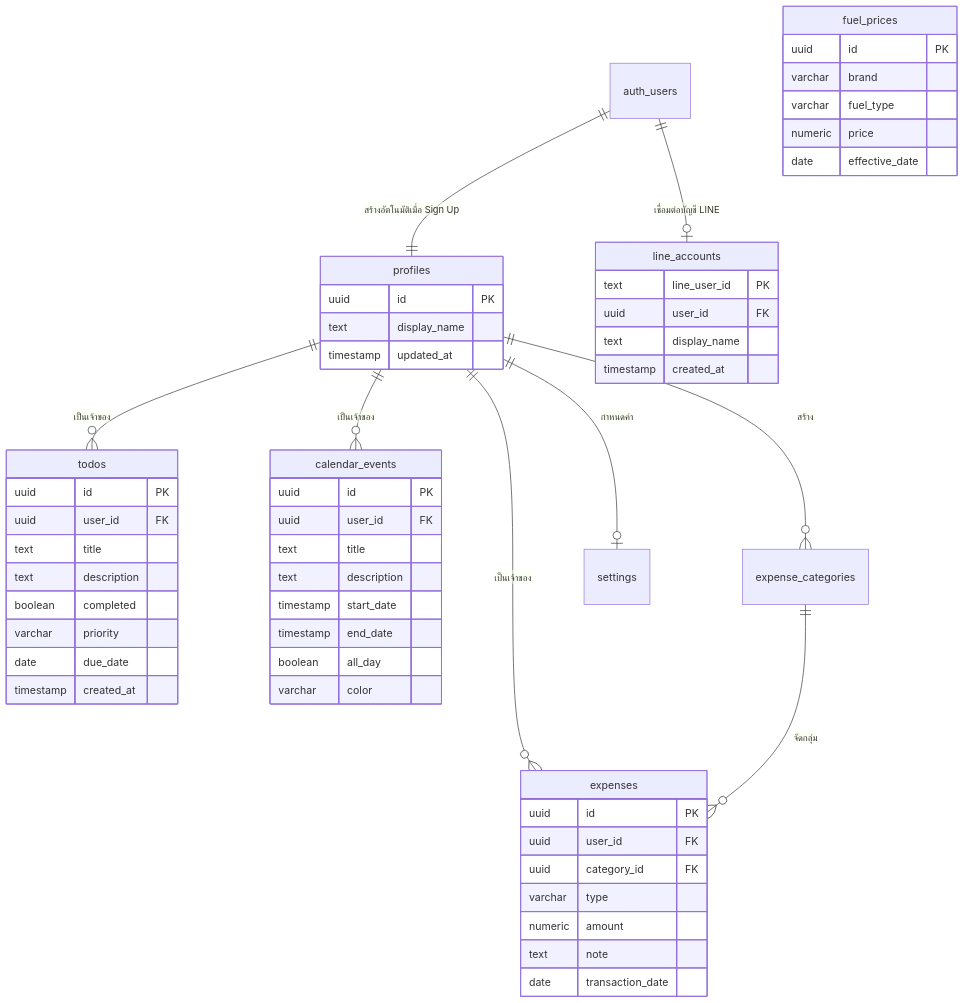
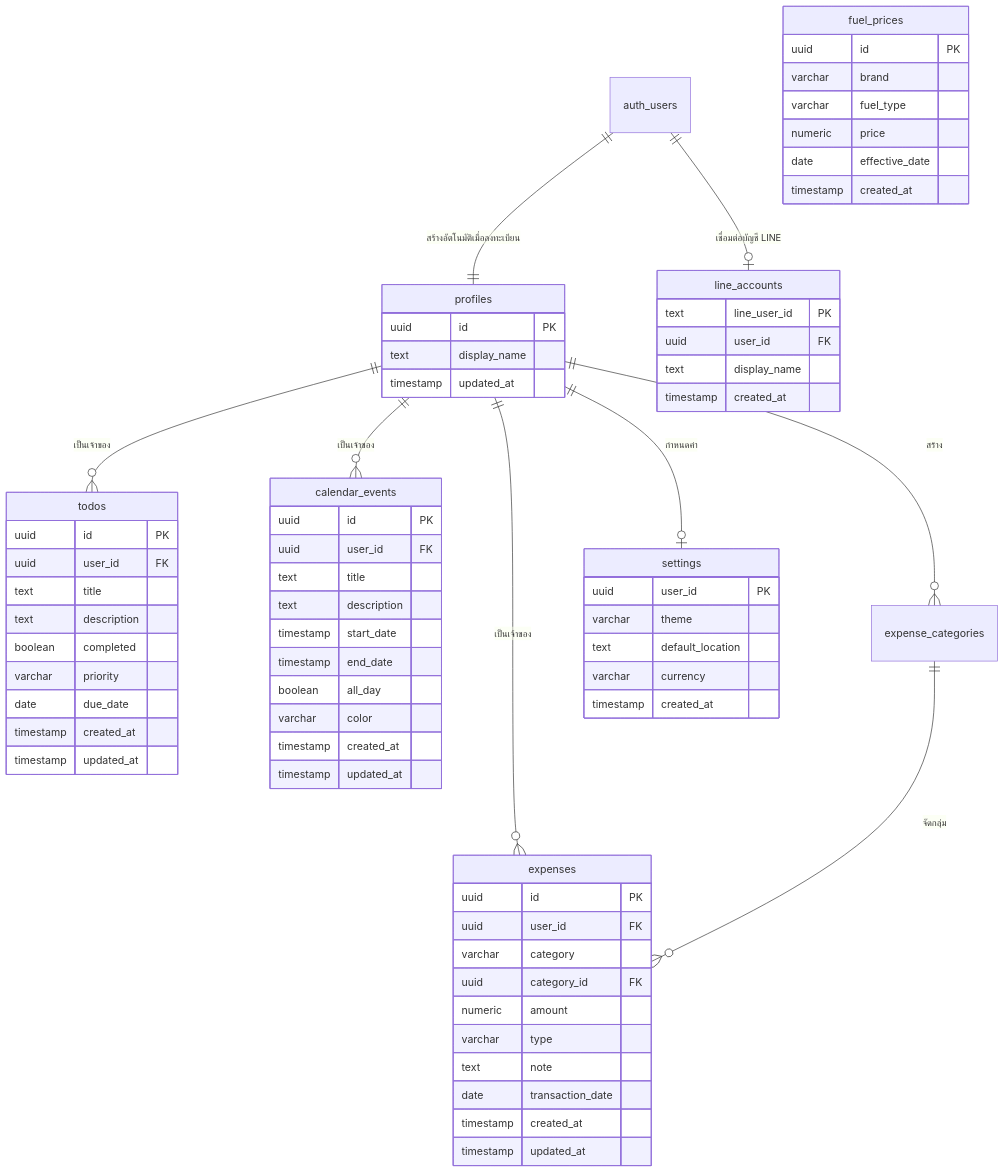
One commit to Nack233/WeatherTodo changed the second of 2 diagrams in README.md. Above: the diagram before and after it, drawn with Mermaid. The commit also changed other lines of this file, not shown here.

````diff
--- a/README.md
+++ b/README.md
@@ -185,64 +249,79 @@
 ```mermaid
 erDiagram
-    auth_users ||--|| profiles : "สร้างอัตโนมัติเมื่อ Sign Up"
+    auth_users ||--|| profiles : "สร้างอัตโนมัติเมื่อลงทะเบียน"
     profiles ||--o{ todos : "เป็นเจ้าของ"
     profiles ||--o{ expenses : "เป็นเจ้าของ"
     profiles ||--o{ calendar_events : "เป็นเจ้าของ"
     profiles ||--o{ expense_categories : "สร้าง"
     profiles ||--o| settings : "กำหนดค่า"
     auth_users ||--o| line_accounts : "เชื่อมต่อบัญชี LINE"
     expense_categories ||--o{ expenses : "จัดกลุ่ม"
 
     profiles {
         uuid id PK
         text display_name
         timestamp updated_at
     }
 
     todos {
         uuid id PK
         uuid user_id FK
         text title
         text description
         boolean completed
         varchar priority
         date due_date
         timestamp created_at
+        timestamp updated_at
     }
 
     expenses {
         uuid id PK
         uuid user_id FK
+        varchar category
         uuid category_id FK
+        numeric amount
         varchar type
-        numeric amount
         text note
         date transaction_date
+        timestamp created_at
+        timestamp updated_at
     }
 
     calendar_events {
         uuid id PK
         uuid user_id FK
         text title
         text description
         timestamp start_date
         timestamp end_date
         boolean all_day
         varchar color
+        timestamp created_at
+        timestamp updated_at
     }
 
     line_accounts {
         text line_user_id PK
         uuid user_id FK
         text display_name
         timestamp created_at
     }
 
     fuel_prices {
         uuid id PK
         varchar brand
         varchar fuel_type
         numeric price
         date effective_date
+        timestamp created_at
+    }
+
+    settings {
+        uuid user_id PK
+        varchar theme
+        text default_location
+        varchar currency
+        timestamp created_at
     }
 ```
````
